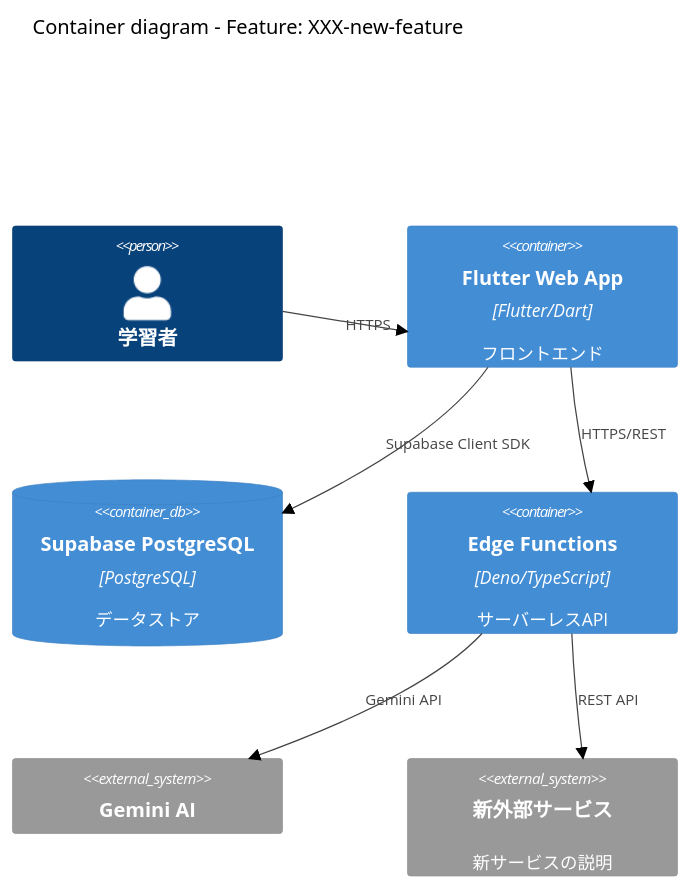
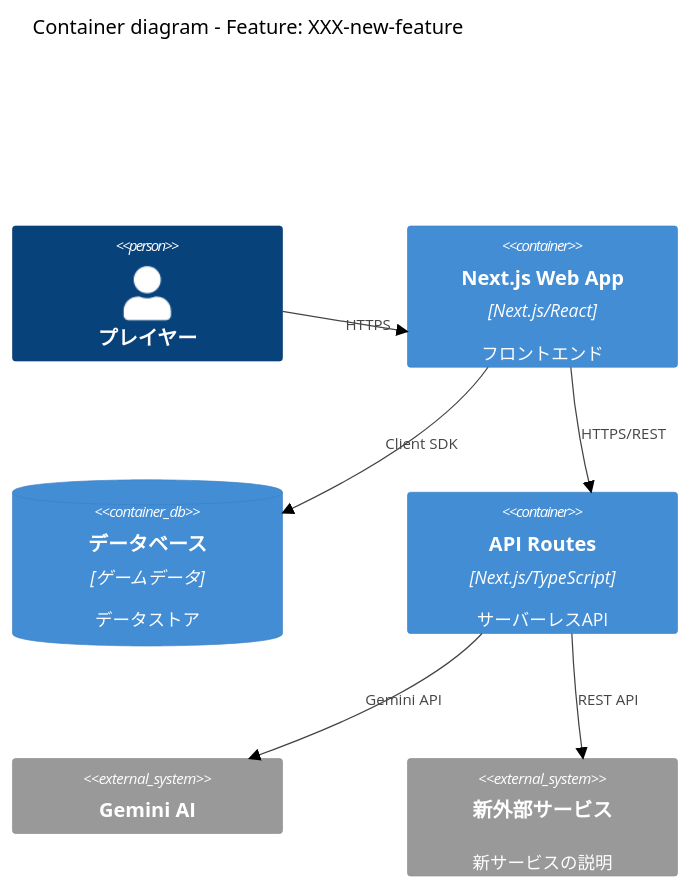
The ninth of 9 diagrams in .claude/skills/system-designer/references/mermaid-c4-patterns.md (buddypia/kaiju-voice), drawn with Mermaid (forest theme) before and after one commit. The commit also changed other lines of this file and 353 other files, not shown here.

````diff
--- a/.claude/skills/system-designer/references/mermaid-c4-patterns.md
+++ b/.claude/skills/system-designer/references/mermaid-c4-patterns.md
@@ -282,19 +282,19 @@
 ```mermaid
 C4Container
   title Container diagram - Feature: XXX-new-feature
 
-  Person(learner, "学習者")
+  Person(player, "プレイヤー")
 
-  Container(webapp, "Flutter Web App", "Flutter/Dart", "フロントエンド")
-  ContainerDb(db, "Supabase PostgreSQL", "PostgreSQL", "データストア")
-  Container(edgeFn, "Edge Functions", "Deno/TypeScript", "サーバーレスAPI")
+  Container(webapp, "Next.js Web App", "Next.js/React", "フロントエンド")
+  ContainerDb(db, "データベース", "ゲームデータ", "データストア")
+  Container(apiRoutes, "API Routes", "Next.js/TypeScript", "サーバーレスAPI")
 
   System_Ext(geminiAI, "Gemini AI")
   System_Ext(newService, "新外部サービス", "新サービスの説明")
 
-  Rel(learner, webapp, "HTTPS")
-  Rel(webapp, db, "Supabase Client SDK")
-  Rel(webapp, edgeFn, "HTTPS/REST")
-  Rel(edgeFn, geminiAI, "Gemini API")
-  Rel(edgeFn, newService, "REST API")
+  Rel(player, webapp, "HTTPS")
+  Rel(webapp, db, "Client SDK")
+  Rel(webapp, apiRoutes, "HTTPS/REST")
+  Rel(apiRoutes, geminiAI, "Gemini API")
+  Rel(apiRoutes, newService, "REST API")
 ```
````
